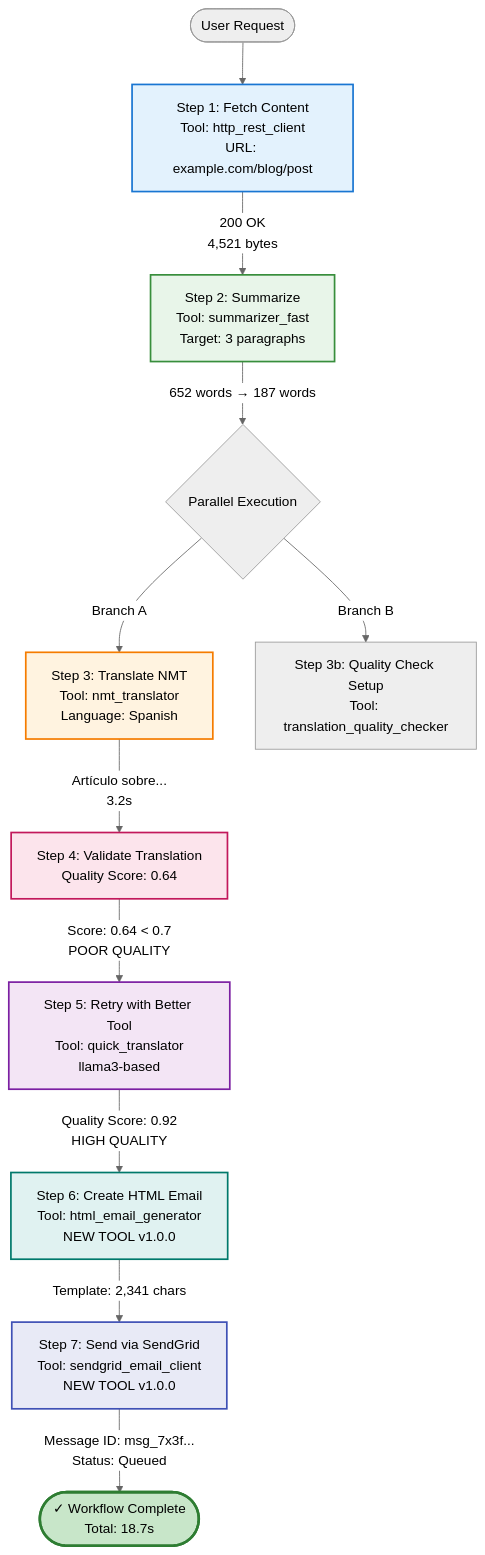
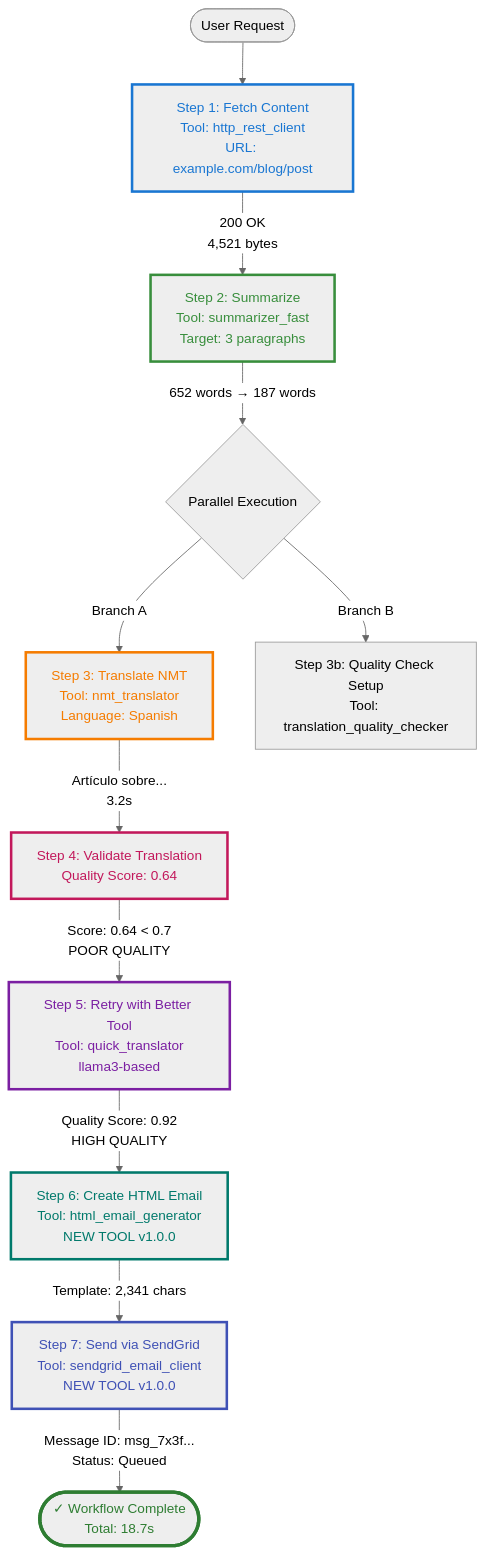
One commit to Shaddix/mostlylucidweb changed the first of 3 diagrams in Mostlylucid/Markdown/semanticintelligence-part10.md. Above: the diagram before and after it, drawn with Mermaid (neutral theme). The commit also changed other lines of this file and 11 other files, not shown here.

First line of the commit message:
update: replace background fills with stroke styling in Mermaid diagrams

````diff
--- a/Mostlylucid/Markdown/semanticintelligence-part10.md
+++ b/Mostlylucid/Markdown/semanticintelligence-part10.md
@@ -210,30 +210,30 @@
 ```mermaid
 graph TB
     Start([User Request]) --> Fetch[Step 1: Fetch Content<br/>Tool: http_rest_client<br/>URL: example.com/blog/post]
 
     Fetch --> |200 OK<br/>4,521 bytes| Summarize[Step 2: Summarize<br/>Tool: summarizer_fast<br/>Target: 3 paragraphs]
 
     Summarize --> |652 words → 187 words| Parallel{Parallel Execution}
 
     Parallel --> |Branch A| Translate[Step 3: Translate NMT<br/>Tool: nmt_translator<br/>Language: Spanish]
     Parallel --> |Branch B| ValidateSetup[Step 3b: Quality Check Setup<br/>Tool: translation_quality_checker]
 
     Translate --> |"Artículo sobre..."<br/>3.2s| Validate[Step 4: Validate Translation<br/>Quality Score: 0.64]
 
     Validate --> |Score: 0.64 < 0.7<br/>POOR QUALITY| Retry[Step 5: Retry with Better Tool<br/>Tool: quick_translator<br/>llama3-based]
 
     Retry --> |Quality Score: 0.92<br/>HIGH QUALITY| HTML[Step 6: Create HTML Email<br/>Tool: html_email_generator<br/>NEW TOOL v1.0.0]
 
     HTML --> |Template: 2,341 chars| Send[Step 7: Send via SendGrid<br/>Tool: sendgrid_email_client<br/>NEW TOOL v1.0.0]
 
     Send --> |Message ID: msg_7x3f...<br/>Status: Queued| Success([✓ Workflow Complete<br/>Total: 18.7s])
 
-    style Fetch fill:#e3f2fd,stroke:#1976d2,stroke-width:2px
-    style Summarize fill:#e8f5e9,stroke:#388e3c,stroke-width:2px
-    style Translate fill:#fff3e0,stroke:#f57c00,stroke-width:2px
-    style Validate fill:#fce4ec,stroke:#c2185b,stroke-width:2px
-    style Retry fill:#f3e5f5,stroke:#7b1fa2,stroke-width:2px
-    style HTML fill:#e0f2f1,stroke:#00796b,stroke-width:2px
-    style Send fill:#e8eaf6,stroke:#3f51b5,stroke-width:2px
-    style Success fill:#c8e6c9,stroke:#2e7d32,stroke-width:3px
+    style Fetch stroke:#1976d2,stroke-width:3px,color:#1976d2
+    style Summarize stroke:#388e3c,stroke-width:3px,color:#388e3c
+    style Translate stroke:#f57c00,stroke-width:3px,color:#f57c00
+    style Validate stroke:#c2185b,stroke-width:3px,color:#c2185b
+    style Retry stroke:#7b1fa2,stroke-width:3px,color:#7b1fa2
+    style HTML stroke:#00796b,stroke-width:3px,color:#00796b
+    style Send stroke:#3f51b5,stroke-width:3px,color:#3f51b5
+    style Success stroke:#2e7d32,stroke-width:4px,color:#2e7d32
 ```
````
